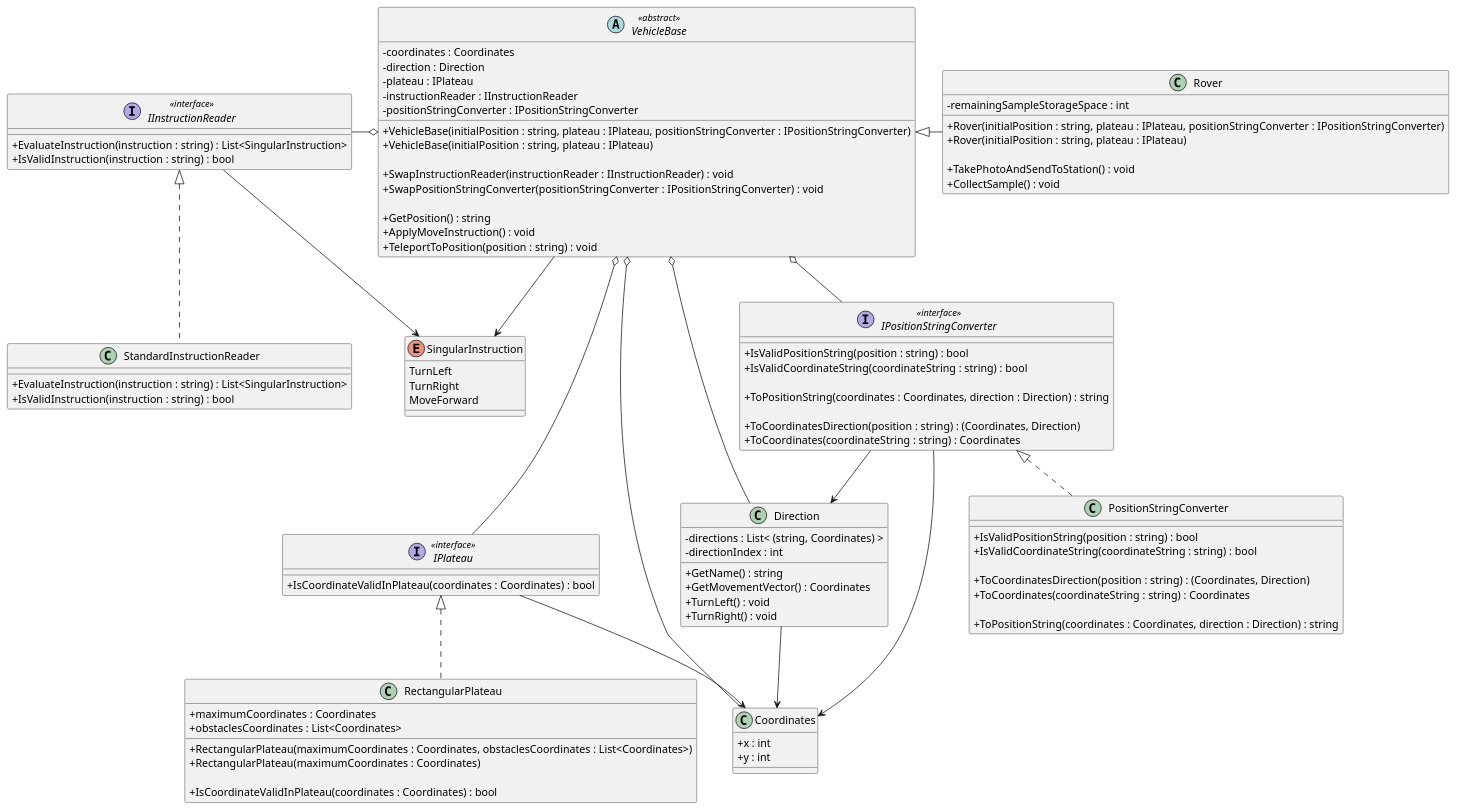
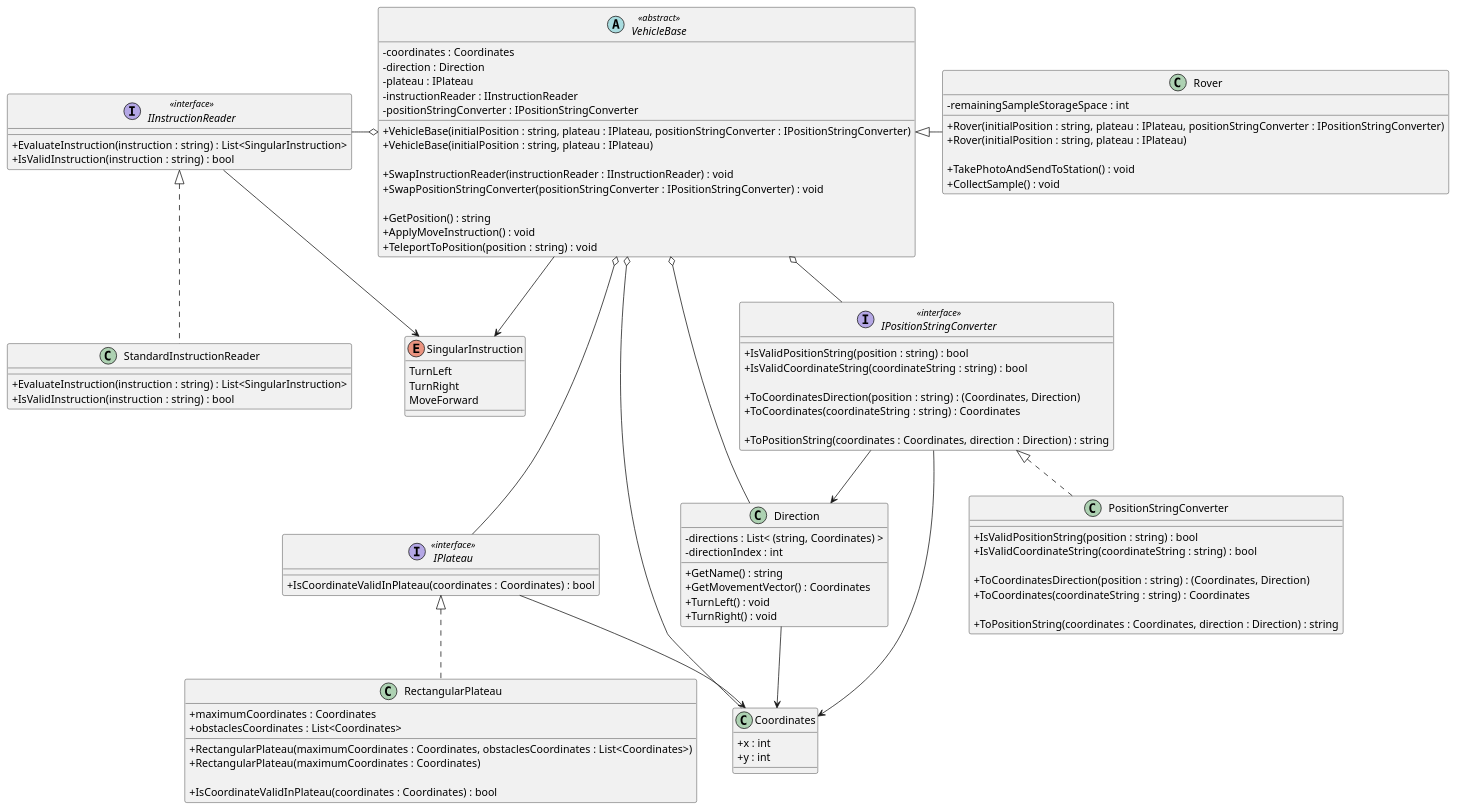
The diagram in puml/MarsRoverChallenge.puml (iamfranco/MarsRoverChallenge), drawn with PlantUML before and after one commit. The commit also changed other lines of this file and 1 other file, not shown here.

Commit message:
UML: reorder IPositionStringConverter methods

```diff
--- a/puml/MarsRoverChallenge.puml
+++ b/puml/MarsRoverChallenge.puml
@@ -1,129 +1,129 @@
 @startuml "Mars Rover Challenge"
 skinparam classAttributeIconSize 0
 
 interface IInstructionReader <<interface>>
 {
   + EvaluateInstruction(instruction : string) : List<SingularInstruction>
   + IsValidInstruction(instruction : string) : bool
 }
 
 enum SingularInstruction
 {
   TurnLeft
   TurnRight
   MoveForward
 }
 
 class StandardInstructionReader
 {
   + EvaluateInstruction(instruction : string) : List<SingularInstruction>
   + IsValidInstruction(instruction : string) : bool
 }
 
 interface IPlateau <<interface>>
 {
   + IsCoordinateValidInPlateau(coordinates : Coordinates) : bool
 }
 
 class RectangularPlateau
 {
   + maximumCoordinates : Coordinates
   + obstaclesCoordinates : List<Coordinates>
 
   + RectangularPlateau(maximumCoordinates : Coordinates, obstaclesCoordinates : List<Coordinates>)
   + RectangularPlateau(maximumCoordinates : Coordinates)
 
   + IsCoordinateValidInPlateau(coordinates : Coordinates) : bool
 }
 
 class Coordinates
 {
   + x : int
   + y : int
 }
 
 class Direction
 {
   - directions : List< &#40;string, Coordinates&#41; >
   - directionIndex : int
 
   + GetName() : string
   + GetMovementVector() : Coordinates
   + TurnLeft() : void
   + TurnRight() : void
 }
 
 interface IPositionStringConverter <<interface>>
 {
   + IsValidPositionString(position : string) : bool
   + IsValidCoordinateString(coordinateString : string) : bool
 
-  + ToPositionString(coordinates : Coordinates, direction : Direction) : string
-
   + ToCoordinatesDirection(position : string) : (Coordinates, Direction)
   + ToCoordinates(coordinateString : string) : Coordinates
+
+  + ToPositionString(coordinates : Coordinates, direction : Direction) : string
 }
 
 class PositionStringConverter
 {
   + IsValidPositionString(position : string) : bool
   + IsValidCoordinateString(coordinateString : string) : bool
 
   + ToCoordinatesDirection(position : string) : (Coordinates, Direction)
   + ToCoordinates(coordinateString : string) : Coordinates
 
   + ToPositionString(coordinates : Coordinates, direction : Direction) : string
 }
 
 abstract VehicleBase <<abstract>>
 {
   - coordinates : Coordinates
   - direction : Direction
   - plateau : IPlateau
   - instructionReader : IInstructionReader
   - positionStringConverter : IPositionStringConverter
 
   + VehicleBase(initialPosition : string, plateau : IPlateau, positionStringConverter : IPositionStringConverter)
   + VehicleBase(initialPosition : string, plateau : IPlateau)
 
   + SwapInstructionReader(instructionReader : IInstructionReader) : void
   + SwapPositionStringConverter(positionStringConverter : IPositionStringConverter) : void
   
   + GetPosition() : string
   + ApplyMoveInstruction() : void
   + TeleportToPosition(position : string) : void
 }
 
 class Rover
 {
   - remainingSampleStorageSpace : int
 
   + Rover(initialPosition : string, plateau : IPlateau, positionStringConverter : IPositionStringConverter)
   + Rover(initialPosition : string, plateau : IPlateau)
 
   + TakePhotoAndSendToStation() : void
   + CollectSample() : void
 }
 
 IInstructionReader -> SingularInstruction
 IInstructionReader <|.. StandardInstructionReader 
 IPlateau <|.. RectangularPlateau
 
 IPositionStringConverter <|.. PositionStringConverter
 
 VehicleBase <|-r- Rover
 
 IPlateau --> Coordinates
 Direction --> Coordinates
 IPositionStringConverter --> Coordinates
 IPositionStringConverter --> Direction
 
 VehicleBase o-- Coordinates
 VehicleBase o-- Direction
 VehicleBase o--- IPlateau
 VehicleBase o-l IInstructionReader
 VehicleBase o-- IPositionStringConverter
 
 VehicleBase --> SingularInstruction
 
 @enduml
```
